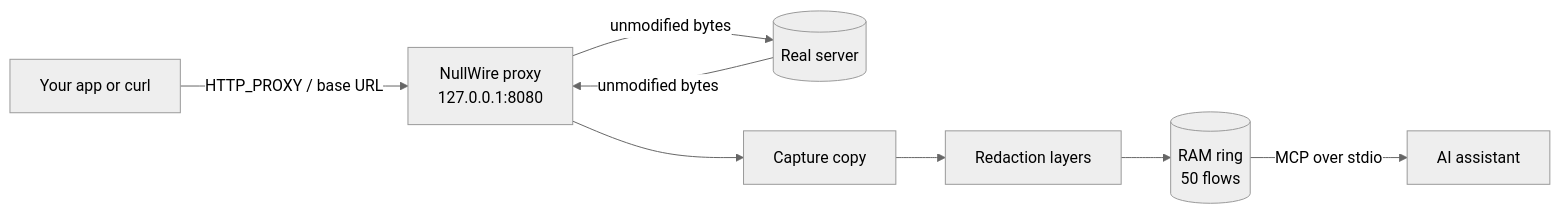
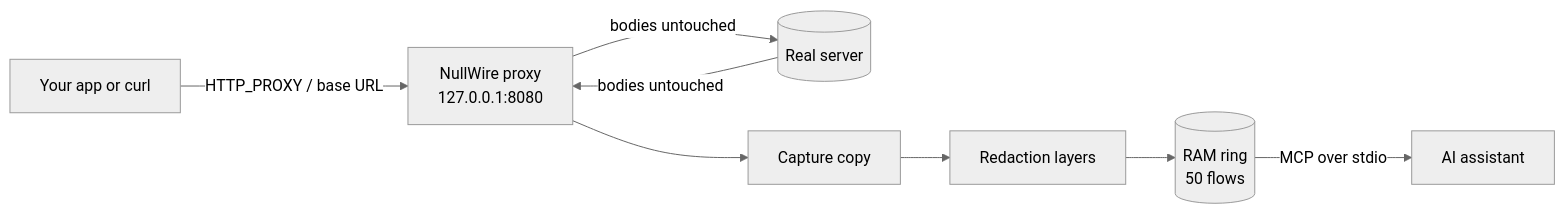
The diagram in README.md (VoxNode-ux/nullwire-mcp), drawn with Mermaid (neutral theme) before and after one commit. The commit also changed other lines of this file and 100 other files, not shown here.

````diff
--- a/README.md
+++ b/README.md
@@ -191,10 +270,10 @@
 ```mermaid
 flowchart LR
     A[Your app or curl] -->|HTTP_PROXY / base URL| P[NullWire proxy<br/>127.0.0.1:8080]
-    P -->|unmodified bytes| S[(Real server)]
-    S -->|unmodified bytes| P
+    P -->|bodies untouched| S[(Real server)]
+    S -->|bodies untouched| P
     P --> C[Capture copy]
     C --> R[Redaction layers]
     R --> B[(RAM ring<br/>50 flows)]
     B -->|MCP over stdio| M[AI assistant]
 ```
````
